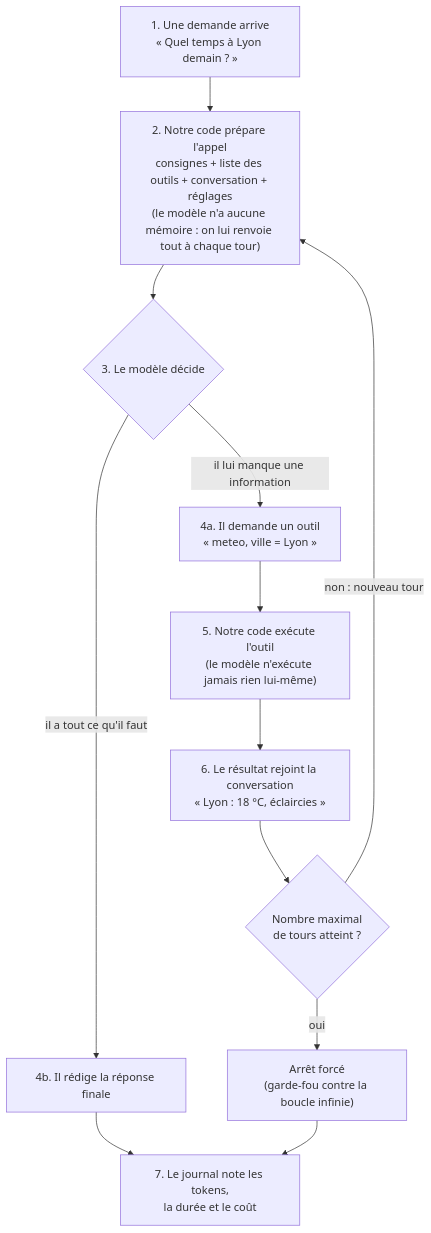
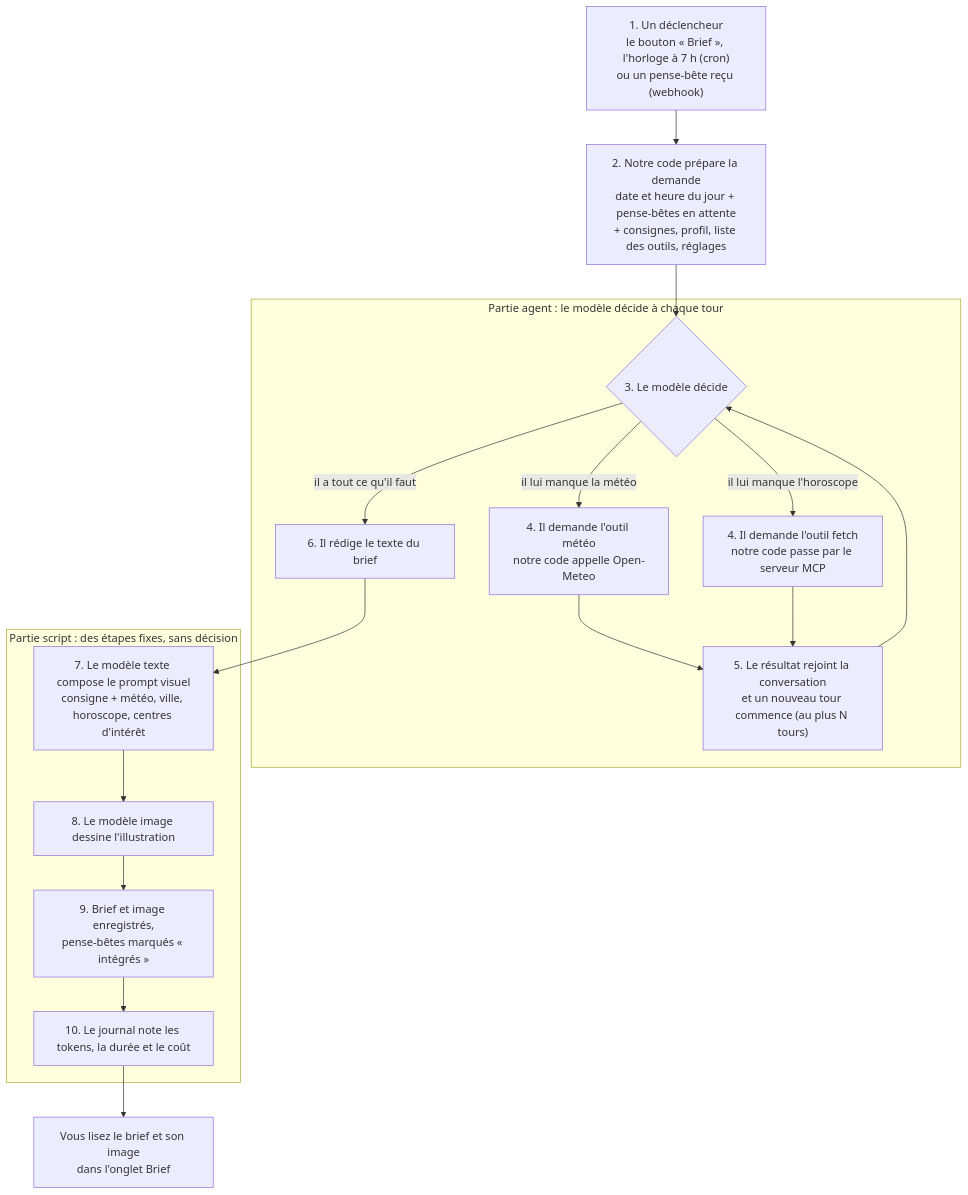
The first of 3 diagrams in README.md (lecinquiemejour-code/goodvibe-tuto), drawn with Mermaid before and after one commit. The commit also changed other lines of this file, not shown here.

Commit message:
docs(readme): le schéma de l'agent suit le brief de bout en bout, partie agent et partie script

````diff
--- a/README.md
+++ b/README.md
@@ -20,15 +20,22 @@
 ```mermaid
 flowchart TD
-    Q["1. Une demande arrive<br/>« Quel temps à Lyon demain ? »"] --> P
-    P["2. Notre code prépare l'appel<br/>consignes + liste des outils + conversation + réglages<br/>(le modèle n'a aucune mémoire : on lui renvoie tout à chaque tour)"] --> M
-    M{"3. Le modèle décide"}
-    M -- "il lui manque une information" --> D["4a. Il demande un outil<br/>« meteo, ville = Lyon »"]
-    D --> X["5. Notre code exécute l'outil<br/>(le modèle n'exécute jamais rien lui-même)"]
-    X --> R["6. Le résultat rejoint la conversation<br/>« Lyon : 18 °C, éclaircies »"]
-    R --> T{"Nombre maximal<br/>de tours atteint ?"}
-    T -- "non : nouveau tour" --> P
-    T -- "oui" --> S["Arrêt forcé<br/>(garde-fou contre la boucle infinie)"]
-    M -- "il a tout ce qu'il faut" --> F["4b. Il rédige la réponse finale"]
-    F --> J["7. Le journal note les tokens,<br/>la durée et le coût"]
-    S --> J
+    D["1. Un déclencheur<br/>le bouton « Brief », l'horloge à 7 h (cron)<br/>ou un pense-bête reçu (webhook)"] --> P
+    P["2. Notre code prépare la demande<br/>date et heure du jour + pense-bêtes en attente<br/>+ consignes, profil, liste des outils, réglages"] --> M
+    subgraph A["Partie agent : le modèle décide à chaque tour"]
+        M{"3. Le modèle décide"}
+        M -- "il lui manque la météo" --> O1["4. Il demande l'outil météo<br/>notre code appelle Open-Meteo"]
+        M -- "il lui manque l'horoscope" --> O2["4. Il demande l'outil fetch<br/>notre code passe par le serveur MCP"]
+        O1 --> R["5. Le résultat rejoint la conversation<br/>et un nouveau tour commence (au plus N tours)"]
+        O2 --> R
+        R --> M
+        M -- "il a tout ce qu'il faut" --> T["6. Il rédige le texte du brief"]
+    end
+    T --> I1
+    subgraph S["Partie script : des étapes fixes, sans décision"]
+        I1["7. Le modèle texte compose le prompt visuel<br/>consigne + météo, ville, horoscope, centres d'intérêt"]
+        I1 --> I2["8. Le modèle image dessine l'illustration"]
+        I2 --> E["9. Brief et image enregistrés,<br/>pense-bêtes marqués « intégrés »"]
+        E --> J["10. Le journal note les tokens, la durée et le coût"]
+    end
+    J --> V["Vous lisez le brief et son image<br/>dans l'onglet Brief"]
 ```
````
